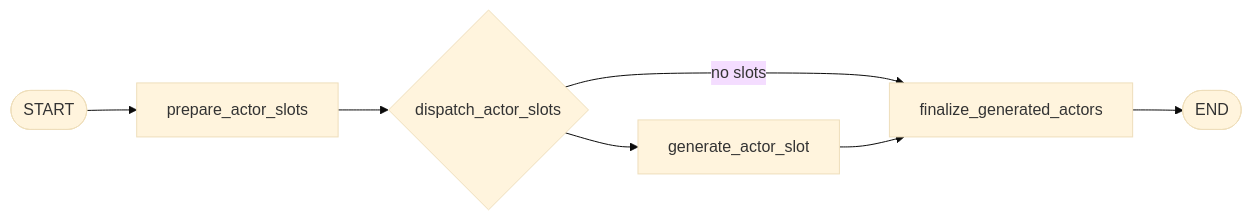
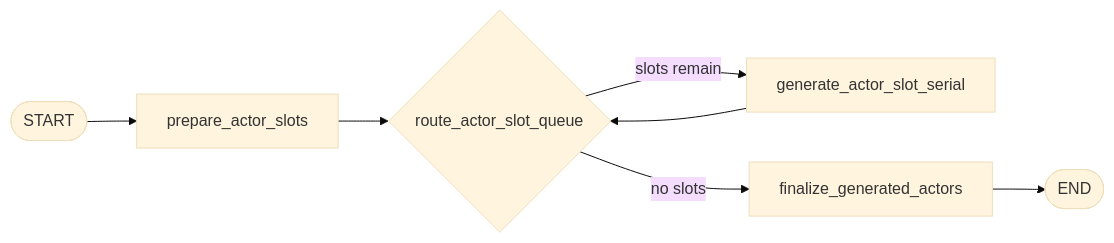
One commit to keonho-kim/simula changed the diagram in docs/workflows/generation.md. Above: the diagram before and after it, drawn with Mermaid (base theme). The commit also changed other lines of this file and 259 other files, not shown here.

````diff
--- a/docs/workflows/generation.md
+++ b/docs/workflows/generation.md
@@ -9,9 +9,9 @@
 ```mermaid
 flowchart LR
     Start([START]) --> Prepare["prepare_actor_slots"]
-    Prepare --> FanOut{"dispatch_actor_slots"}
-    FanOut --> Worker["generate_actor_slot"]
-    FanOut -->|no slots| Finalize["finalize_generated_actors"]
-    Worker --> Finalize
+    Prepare --> Route{"route_actor_slot_queue"}
+    Route -->|slots remain| Worker["generate_actor_slot_serial"]
+    Route -->|no slots| Finalize["finalize_generated_actors"]
+    Worker --> Route
     Finalize --> End([END])
 ```
````
